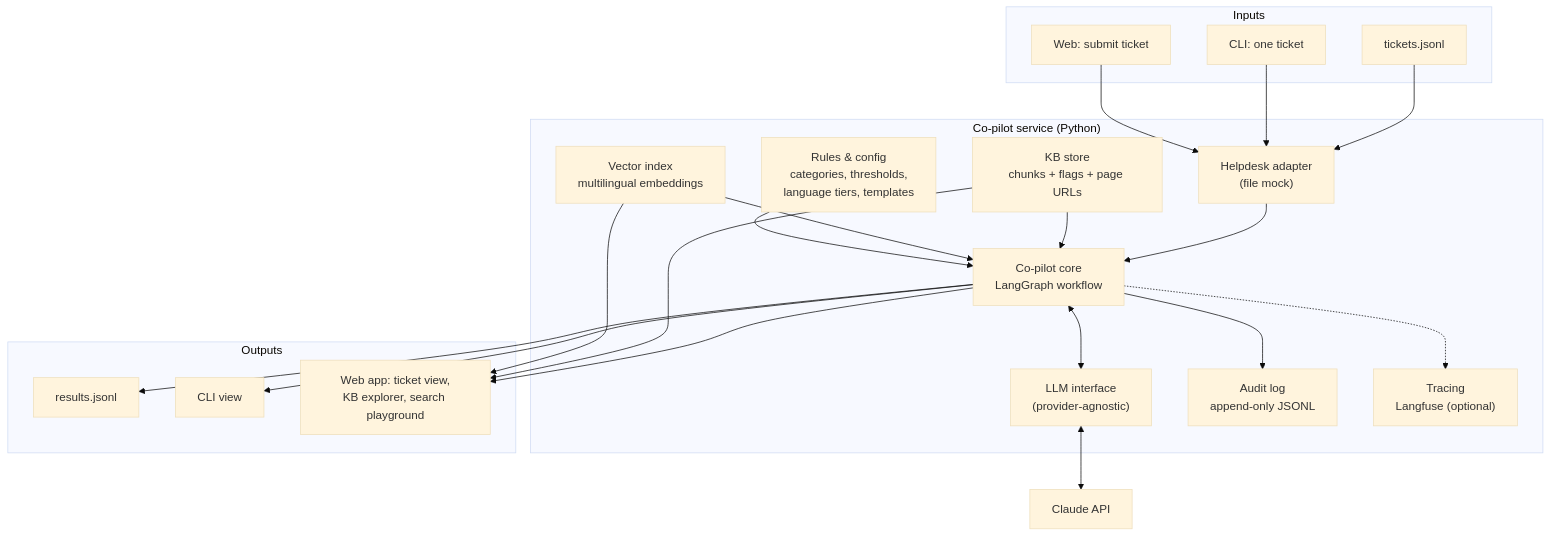
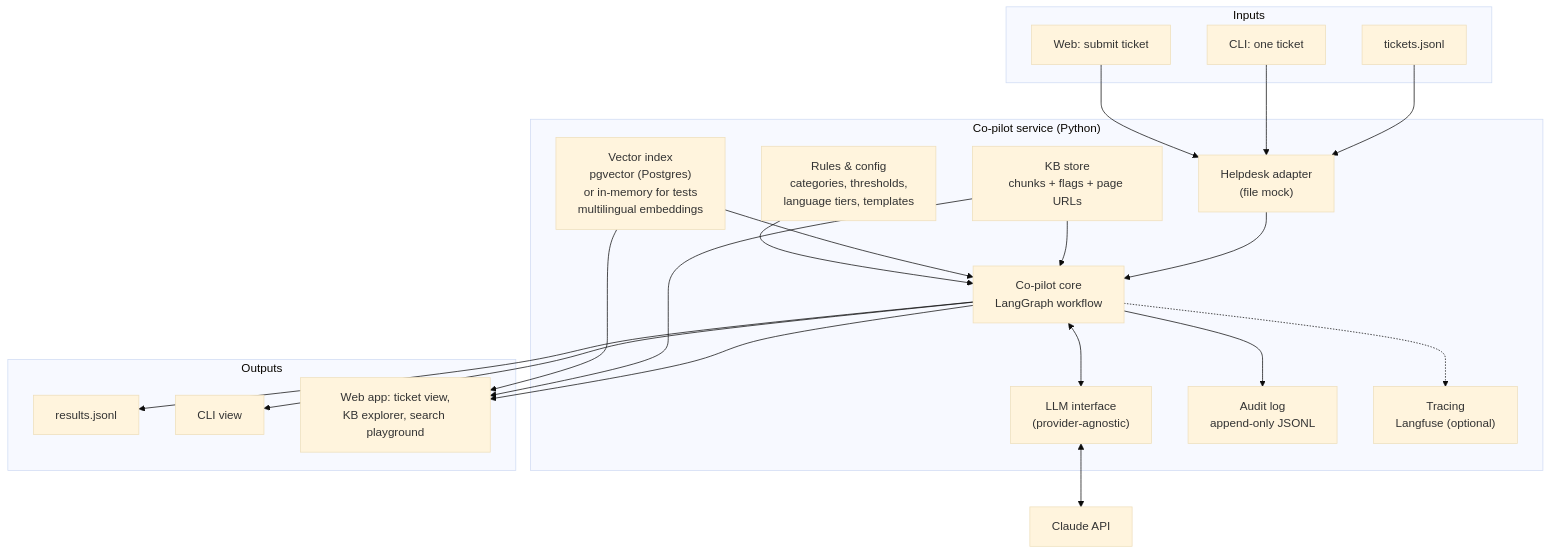
The second of 13 diagrams in docs/ARCHITECTURE.md (mohabashraf/support-copilot), drawn with Mermaid (base theme) before and after one commit. The commit also changed other lines of this file and 1 other file, not shown here.

First line of the commit message:
Decision D7: pgvector vector store behind a VectorIndex interface, with reasons

````diff
--- a/docs/ARCHITECTURE.md
+++ b/docs/ARCHITECTURE.md
@@ -67,44 +67,44 @@
 ```mermaid
 flowchart TB
     subgraph Inputs
         JSONL["tickets.jsonl"]
         CLIIN["CLI: one ticket"]
         WEBIN["Web: submit ticket"]
     end
 
     subgraph App["Co-pilot service (Python)"]
         Adapter["Helpdesk adapter<br/>(file mock)"]
         Core["Co-pilot core<br/>LangGraph workflow"]
         KBStore["KB store<br/>chunks + flags + page URLs"]
-        Vec["Vector index<br/>multilingual embeddings"]
+        Vec["Vector index<br/>pgvector (Postgres)<br/>or in-memory for tests<br/>multilingual embeddings"]
         Rules["Rules & config<br/>categories, thresholds,<br/>language tiers, templates"]
         LLMIF["LLM interface<br/>(provider-agnostic)"]
         Audit["Audit log<br/>append-only JSONL"]
         Trace["Tracing<br/>Langfuse (optional)"]
     end
 
     subgraph Outputs
         Results["results.jsonl"]
         CLIOUT["CLI view"]
         Web["Web app: ticket view,<br/>KB explorer, search playground"]
     end
 
     Claude["Claude API"]
 
     JSONL --> Adapter
     CLIIN --> Adapter
     WEBIN --> Adapter
     Adapter --> Core
     KBStore --> Core
     Vec --> Core
     Rules --> Core
     Core <--> LLMIF
     LLMIF <--> Claude
     Core --> Audit
     Core -.-> Trace
     Core --> Results
     Core --> CLIOUT
     Core --> Web
     KBStore --> Web
     Vec --> Web
 ```
````
